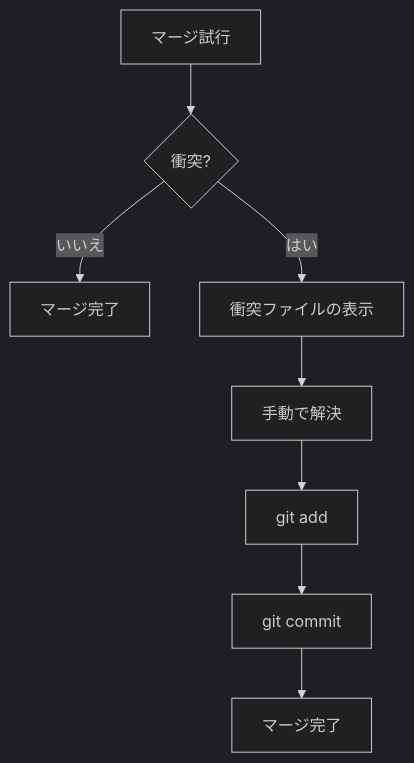
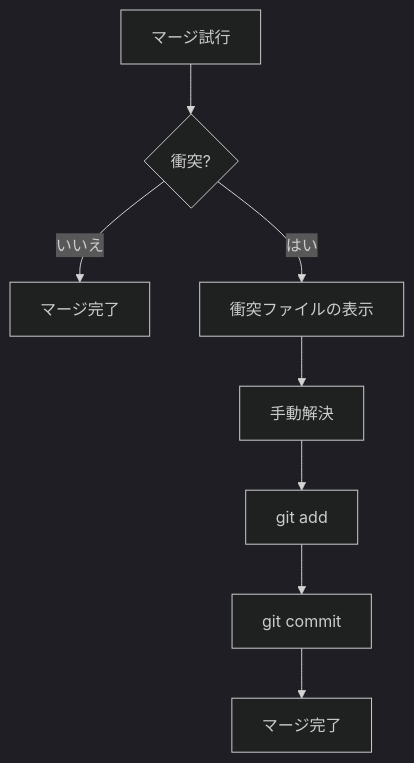
Before and after one commit to modu-ai/moai-adk: the ninth of 10 diagrams in docs-site/content/ja/worktree/guide.md, drawn with Mermaid (dark theme). The commit also changed other lines of this file and 180 other files, not shown here.

````diff
--- a/docs-site/content/ja/worktree/guide.md
+++ b/docs-site/content/ja/worktree/guide.md
@@ -531,10 +520,10 @@
 ```mermaid
 flowchart TD
     A[マージ試行] --> B{衝突?}
     B -->|いいえ| C[マージ完了]
     B -->|はい| D[衝突ファイルの表示]
-    D --> E[手動で解決]
+    D --> E[手動解決]
     E --> F[git add]
     F --> G[git commit]
     G --> H[マージ完了]
 ```
````
